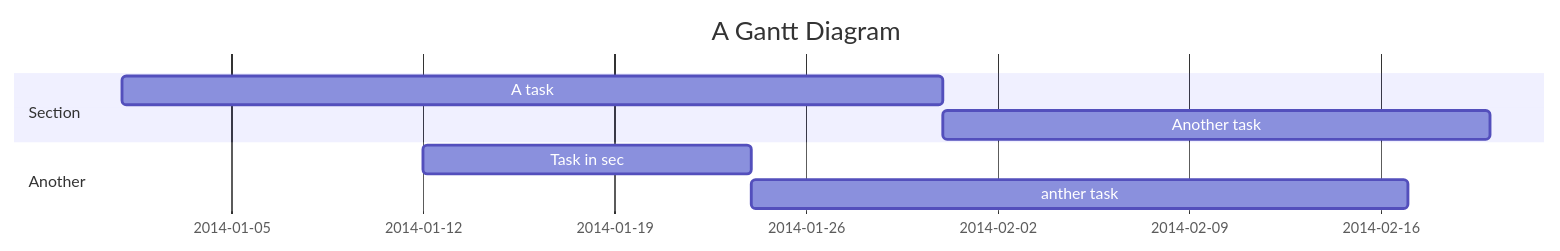
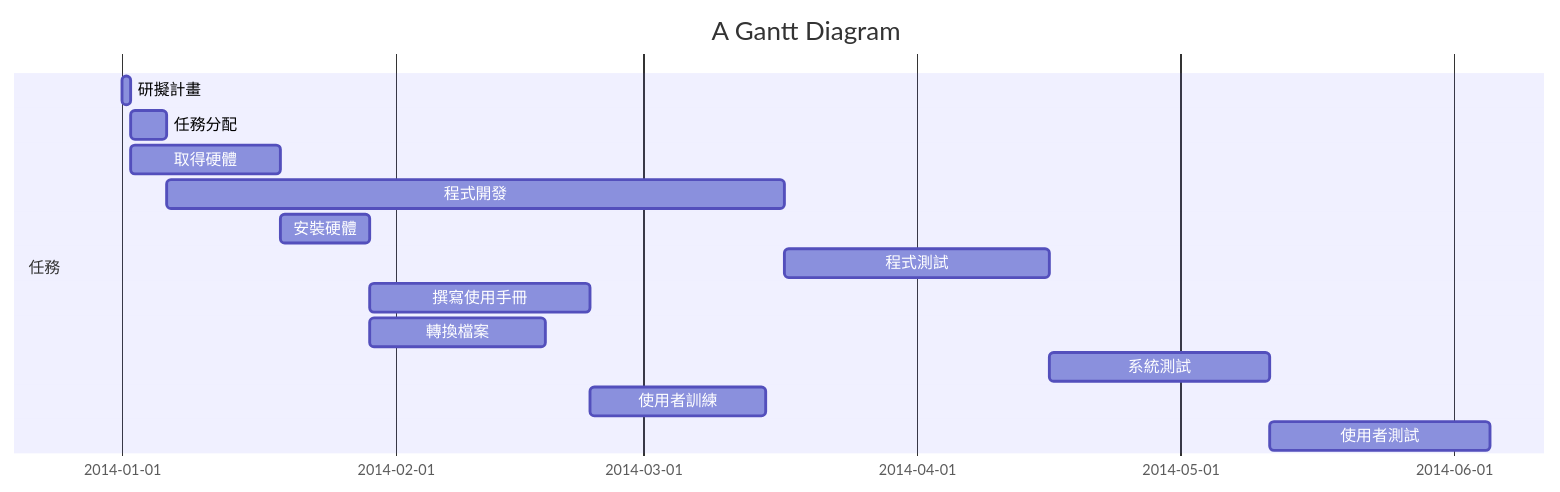
The diagram in hw2.md (subabunbear/C110118245), drawn with Mermaid before and after one commit. The commit also changed other lines of this file, not shown here.

````diff
--- a/hw2.md
+++ b/hw2.md
@@ -4,11 +5,17 @@
 ```mermaid
 gantt
     title A Gantt Diagram
 
-    section Section
-    A task           :a1, 2014-01-01, 30d
-    Another task     :after a1  , 20d
-    section Another
-    Task in sec      :2014-01-12  , 12d
-    anther task      : 24d
+    section 任務
+    研擬計畫           :a1, 2014-01-01, 1d
+    任務分配           :a2, after a1, 4d
+    取得硬體           :a3, after a1, 17d
+    程式開發           :a4, after a2, 70d
+    安裝硬體           :a5, after a3, 10d
+    程式測試           :a6,after a4, 30d
+    撰寫使用手冊       :a7, after a5, 25d
+    轉換檔案           :a8, after a5, 20d
+    系統測試           :a9,after a6, 25d
+    使用者訓練          :a10, after a7, 20d
+    使用者測試          :a11, after a9, 25d
 ```
````
